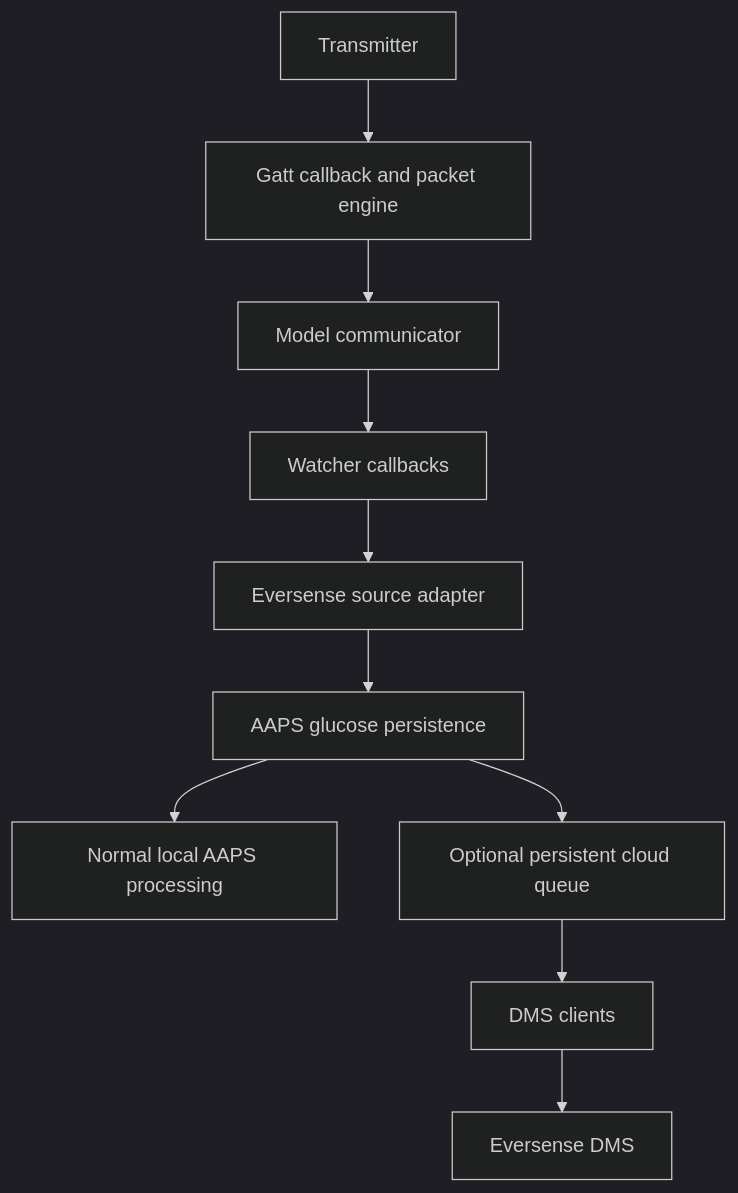
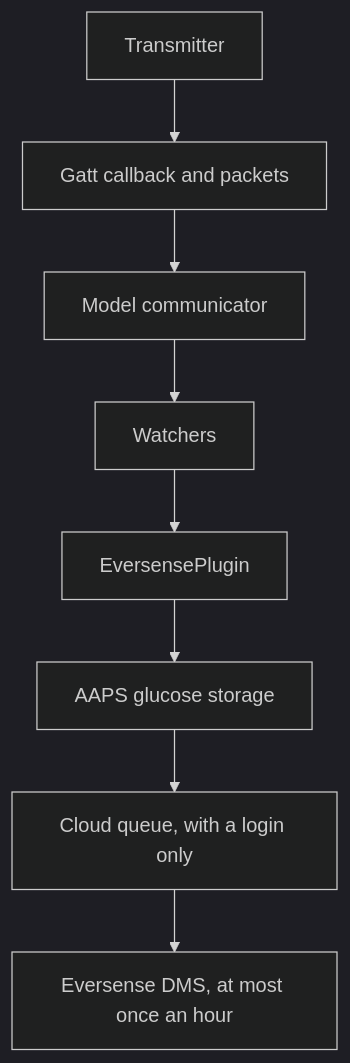
Before and after one commit to nightscout/AndroidAPS: the first of 2 diagrams in plugins/source/eversense/TECHNICAL.md, drawn with Mermaid (dark theme). The commit also changed other lines of this file and 57 other files, not shown here.

Commit message:
Eversense: AAPS logger, E3 without sign-in, alarm and calibration fixes from the #4869 comparison, dead commands out

````diff
--- a/plugins/source/eversense/TECHNICAL.md
+++ b/plugins/source/eversense/TECHNICAL.md
@@ -25,12 +26,10 @@
 ```mermaid
 flowchart TD
-    T[Transmitter] --> G[Gatt callback and packet engine]
+    T[Transmitter] --> G[Gatt callback and packets]
     G --> C[Model communicator]
-    C --> W[Watcher callbacks]
-    W --> S[Eversense source adapter]
-    S --> P[AAPS glucose persistence]
-    P --> L[Normal local AAPS processing]
-    P --> Q[Optional persistent cloud queue]
-    Q --> H[DMS clients]
-    H --> D[Eversense DMS]
+    C --> W[Watchers]
+    W --> S[EversensePlugin]
+    S --> P[AAPS glucose storage]
+    P --> Q[Cloud queue, with a login only]
+    Q --> D[Eversense DMS, at most once an hour]
 ```
````
